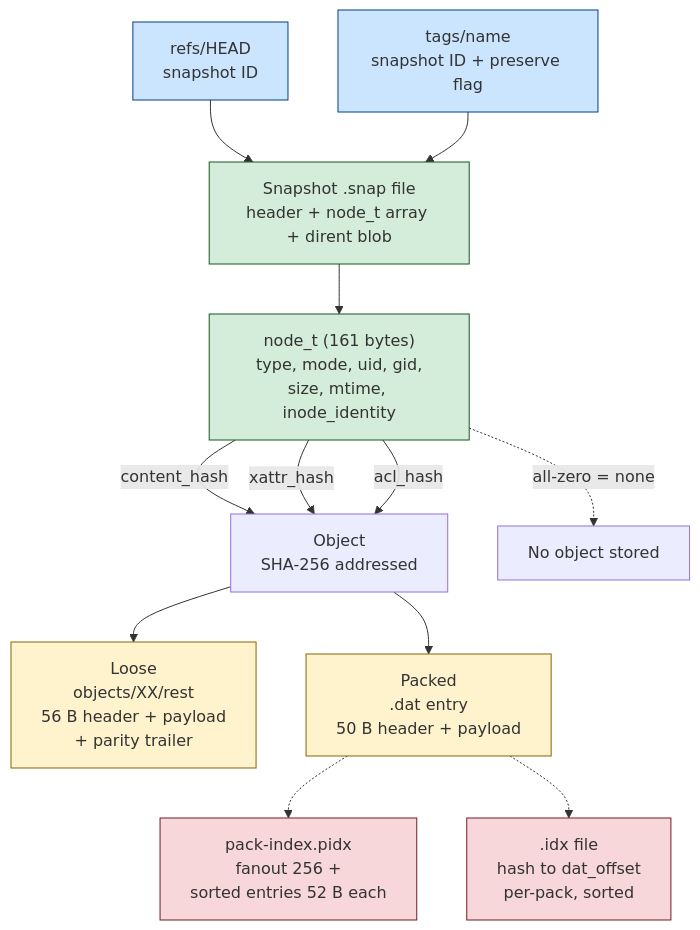
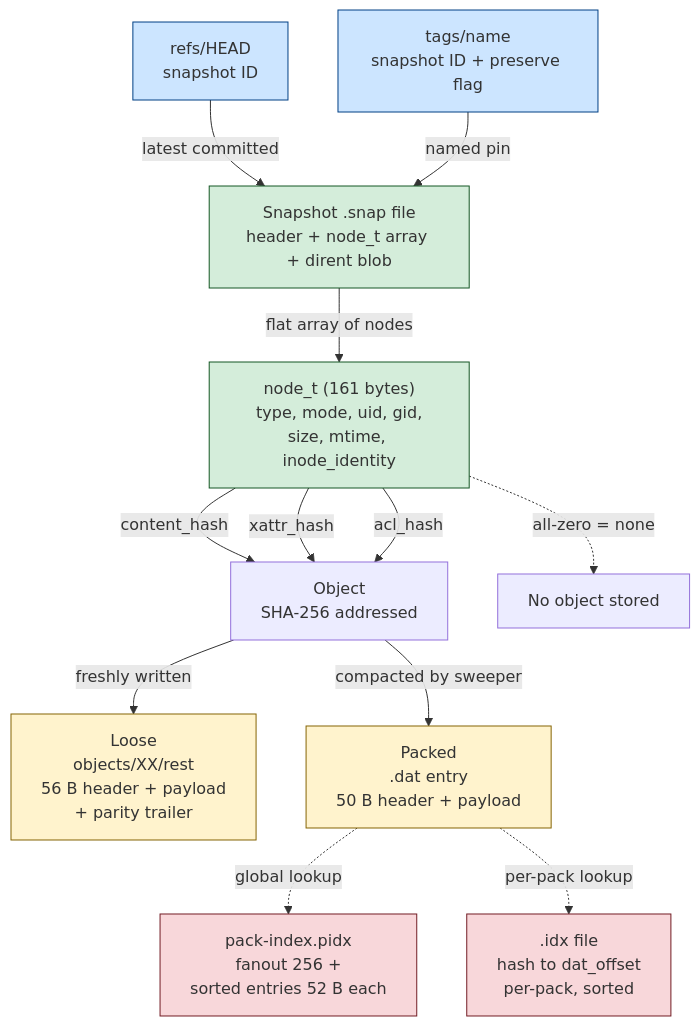
One commit to vifair22/c-backup changed the first of 5 diagrams in manual.md. Above: the diagram before and after it, drawn with Mermaid. The commit also changed other lines of this file and 11 other files, not shown here.

````diff
--- a/manual.md
+++ b/manual.md
@@ -920,34 +920,34 @@
 ```mermaid
 flowchart TD
     HEAD["refs/HEAD\nsnapshot ID"]
     TAG["tags/name\nsnapshot ID + preserve flag"]
 
-    HEAD --> SNAP
-    TAG --> SNAP
+    HEAD -->|latest committed| SNAP
+    TAG -->|named pin| SNAP
 
     SNAP["Snapshot .snap file\nheader + node_t array + dirent blob"]
 
-    SNAP --> NODE["node_t (161 bytes)\ntype, mode, uid, gid,\nsize, mtime, inode_identity"]
+    SNAP -->|flat array of nodes| NODE["node_t (161 bytes)\ntype, mode, uid, gid,\nsize, mtime, inode_identity"]
 
     NODE -- "content_hash" --> OBJ
     NODE -- "xattr_hash" --> OBJ
     NODE -- "acl_hash" --> OBJ
     NODE -. "all-zero = none" .-> NONE["No object stored"]
 
     OBJ["Object\nSHA-256 addressed"]
 
-    OBJ --> LOOSE["Loose\nobjects/XX/rest\n56 B header + payload\n+ parity trailer"]
-    OBJ --> PACKED["Packed\n.dat entry\n50 B header + payload"]
+    OBJ -->|freshly written| LOOSE["Loose\nobjects/XX/rest\n56 B header + payload\n+ parity trailer"]
+    OBJ -->|compacted by sweeper| PACKED["Packed\n.dat entry\n50 B header + payload"]
 
-    PACKED -.-> PIDX["pack-index.pidx\nfanout 256 +\nsorted entries 52 B each"]
-    PACKED -.-> IDX[".idx file\nhash to dat_offset\nper-pack, sorted"]
+    PACKED -.->|global lookup| PIDX["pack-index.pidx\nfanout 256 +\nsorted entries 52 B each"]
+    PACKED -.->|per-pack lookup| IDX[".idx file\nhash to dat_offset\nper-pack, sorted"]
 
     style HEAD fill:#cce5ff,stroke:#004085
     style TAG fill:#cce5ff,stroke:#004085
     style SNAP fill:#d4edda,stroke:#155724
     style NODE fill:#d4edda,stroke:#155724
     style LOOSE fill:#fff3cd,stroke:#856404
     style PACKED fill:#fff3cd,stroke:#856404
     style PIDX fill:#f8d7da,stroke:#721c24
     style IDX fill:#f8d7da,stroke:#721c24
 ```
````
